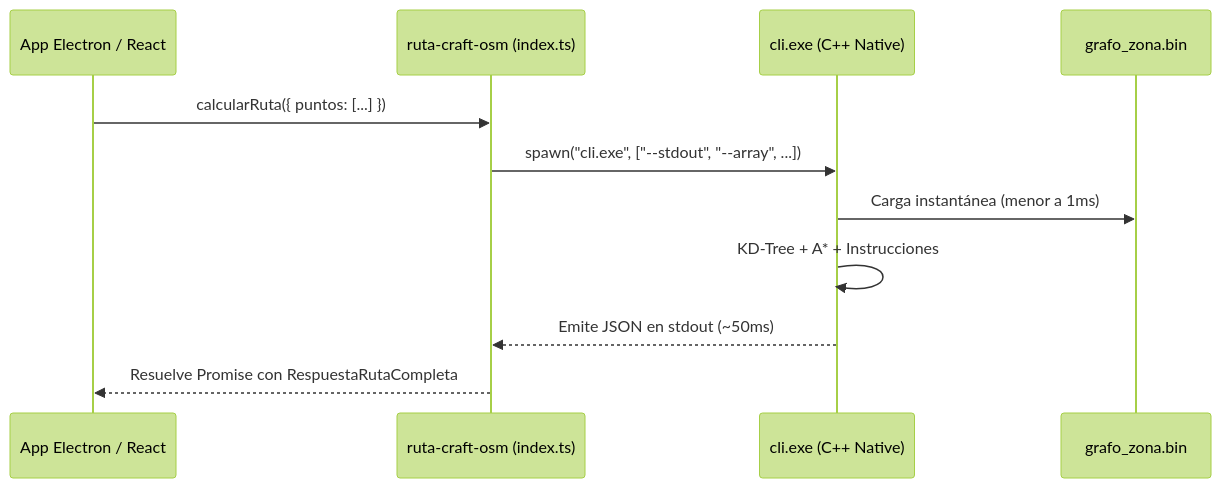
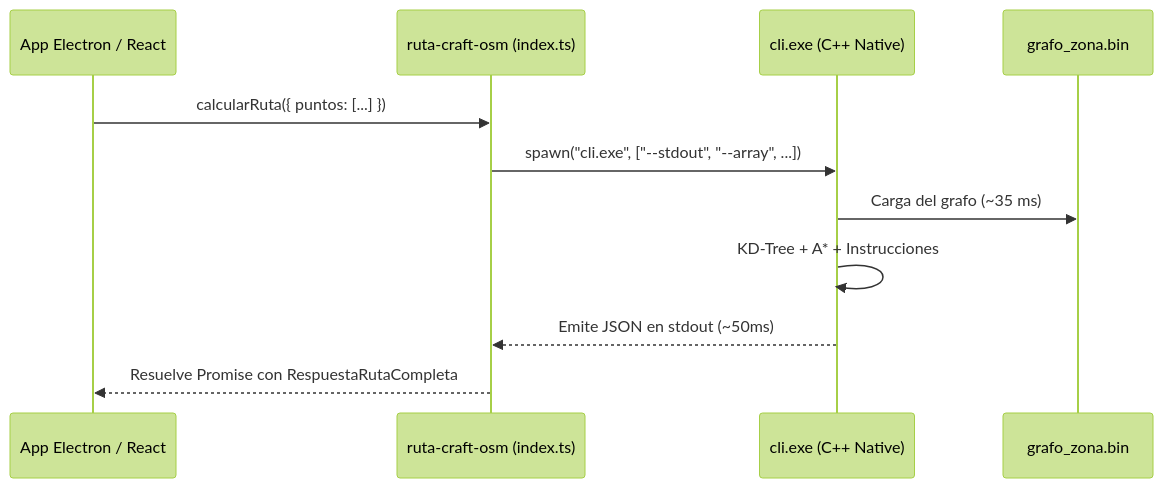
The first of 2 diagrams in docs/4_INTEGRACION_TYPESCRIPT_ELECTRON.md (Mahynlo/RutaCraftOSM), drawn with Mermaid (forest theme) before and after one commit. The commit also changed 18 other files, not shown here.

````diff
--- a/docs/4_INTEGRACION_TYPESCRIPT_ELECTRON.md
+++ b/docs/4_INTEGRACION_TYPESCRIPT_ELECTRON.md
@@ -11,14 +11,14 @@
 ```mermaid
 sequenceDiagram
     participant App as App Electron / React
     participant TS as ruta-craft-osm (index.ts)
     participant Cpp as cli.exe (C++ Native)
     participant Bin as grafo_zona.bin
 
     App->>TS: calcularRuta({ puntos: [...] })
     TS->>Cpp: spawn("cli.exe", ["--stdout", "--array", ...])
-    Cpp->>Bin: Carga instantánea (menor a 1ms)
+    Cpp->>Bin: Carga del grafo (~35 ms)
     Cpp->>Cpp: KD-Tree + A* + Instrucciones
     Cpp-->>TS: Emite JSON en stdout (~50ms)
     TS-->>App: Resuelve Promise con RespuestaRutaCompleta
 ```
````
